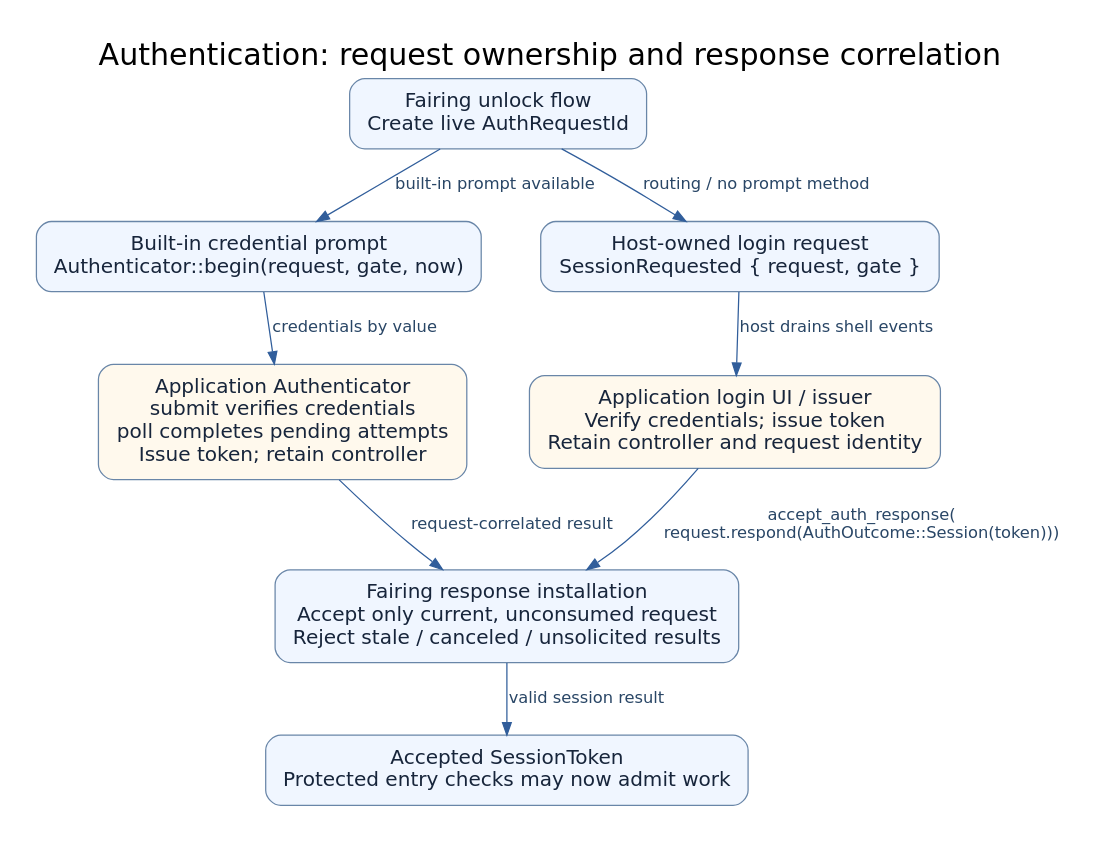
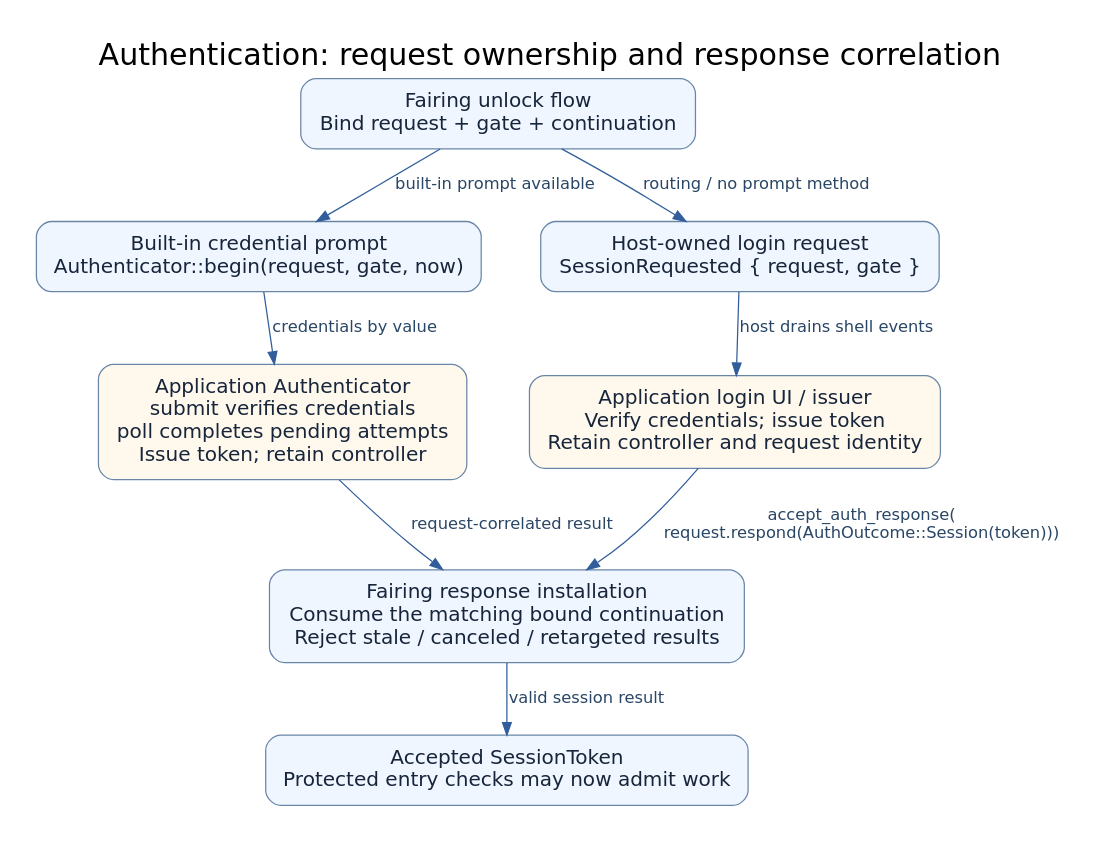
One commit to shim9610/fairing changed the diagram in docs/diagrams/authentication-flow.dot. Above: the diagram before and after it, drawn with Graphviz. The commit also changed 19 other files, not shown here.

```diff
--- a/docs/diagrams/authentication-flow.dot
+++ b/docs/diagrams/authentication-flow.dot
@@ -1,20 +1,20 @@
 digraph authentication_flow {
   graph [rankdir=TB, bgcolor="white", pad=0.3, nodesep=0.65, ranksep=0.6,
     fontname="DejaVu Sans", fontsize=24, label="Authentication: request ownership and response correlation", labelloc=t];
   node [shape=box, style="rounded,filled", fillcolor="#f0f6ff", color="#6986a8", fontcolor="#17253b", fontname="DejaVu Sans", fontsize=16, margin="0.18,0.14"];
   edge [color="#315e9b", fontcolor="#294666", fontname="DejaVu Sans", fontsize=13];
-  request [label="Fairing unlock flow\nCreate live AuthRequestId"];
+  request [label="Fairing unlock flow\nBind request + gate + continuation"];
   prompt [label="Built-in credential prompt\nAuthenticator::begin(request, gate, now)"];
   auth [label="Application Authenticator\nsubmit verifies credentials\npoll completes pending attempts\nIssue token; retain controller", fillcolor="#fff9ed"];
   event [label="Host-owned login request\nSessionRequested { request, gate }"];
   host [label="Application login UI / issuer\nVerify credentials; issue token\nRetain controller and request identity", fillcolor="#fff9ed"];
-  install [label="Fairing response installation\nAccept only current, unconsumed request\nReject stale / canceled / unsolicited results"];
+  install [label="Fairing response installation\nConsume the matching bound continuation\nReject stale / canceled / retargeted results"];
   token [label="Accepted SessionToken\nProtected entry checks may now admit work"];
   request -> prompt [label="built-in prompt available"];
   prompt -> auth [label="credentials by value"];
   auth -> install [label="request-correlated result"];
   request -> event [label="routing / no prompt method"];
   event -> host [label="host drains shell events"];
   host -> install [label="accept_auth_response(\nrequest.respond(AuthOutcome::Session(token)))"];
   install -> token [label="valid session result"];
 }
```
